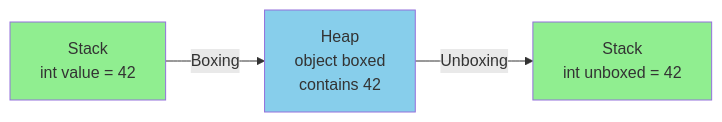
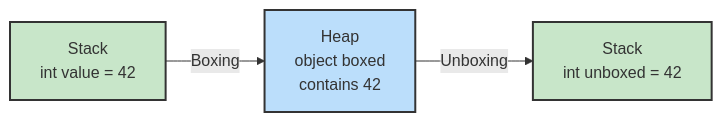
The eighth of 12 diagrams in C# fundamentals/day01-type-system.md (NguyenPhamCode4You/ai-home-lab-docker-compose), drawn with Mermaid before and after one commit. The commit also changed other lines of this file and 10 other files, not shown here.

````diff
--- a/C# fundamentals/day01-type-system.md
+++ b/C# fundamentals/day01-type-system.md
@@ -439,9 +445,9 @@
 ```mermaid
 graph LR
     A[Stack<br/>int value = 42] -->|Boxing| B[Heap<br/>object boxed<br/>contains 42]
     B -->|Unboxing| C[Stack<br/>int unboxed = 42]
 
-    style A fill:#90EE90
-    style B fill:#87CEEB
-    style C fill:#90EE90
+    style A fill:#c8e6c9,stroke:#333,stroke-width:2px
+    style B fill:#bbdefb,stroke:#333,stroke-width:2px
+    style C fill:#c8e6c9,stroke:#333,stroke-width:2px
 ```
````
